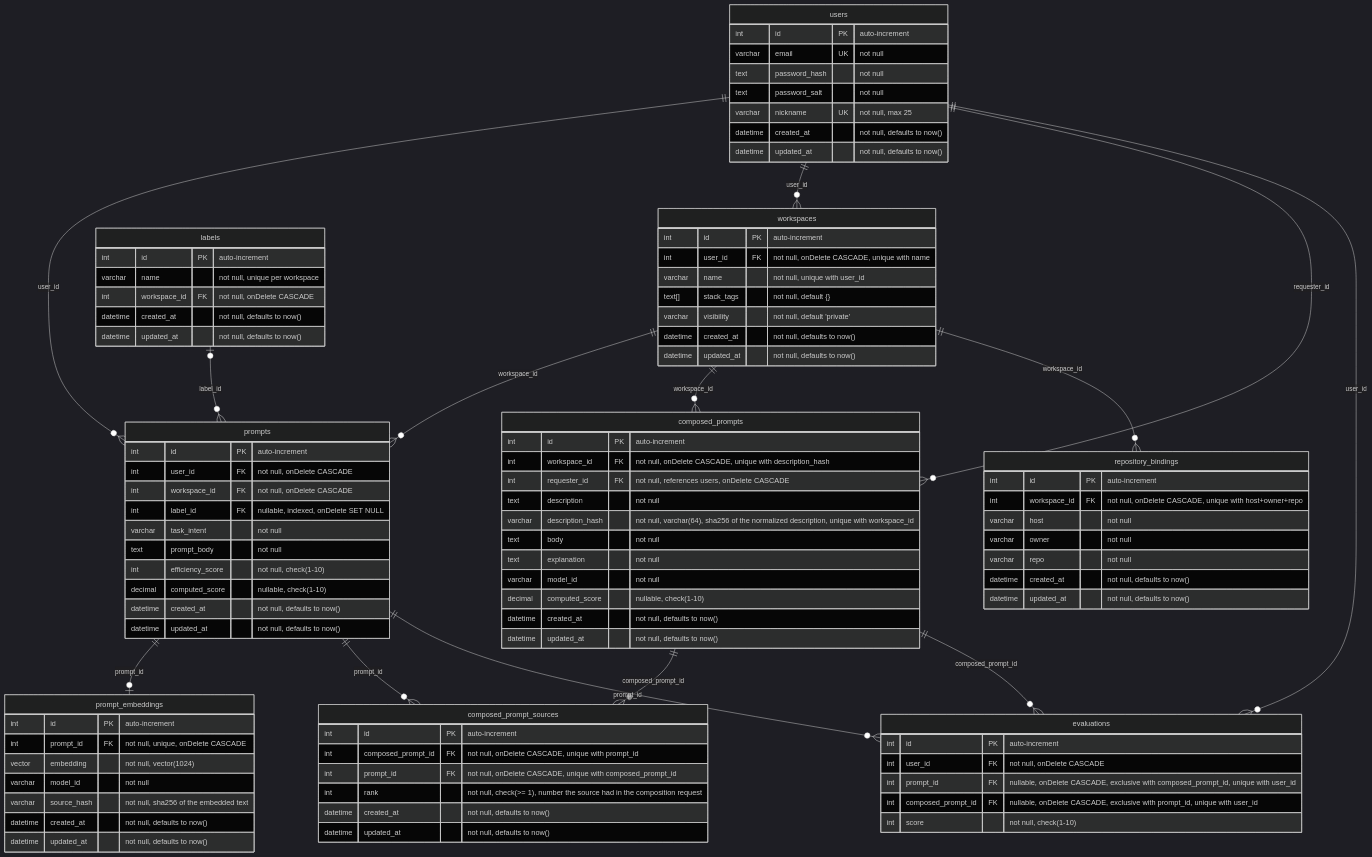
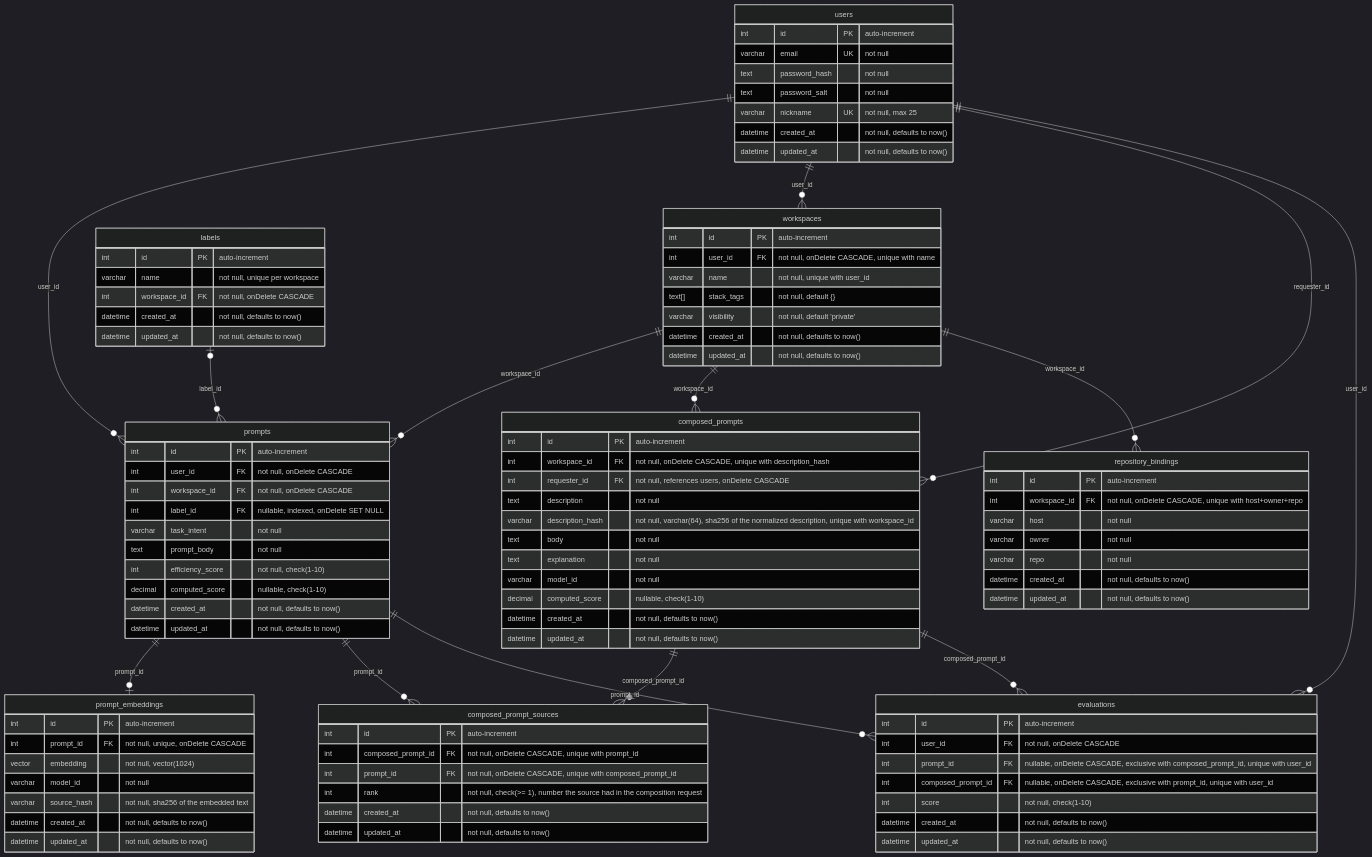
One commit to BinaryStudioAcademy/bsa-2026-promtomat changed the diagram in readme.md. Above: the diagram before and after it, drawn with Mermaid (dark theme). The commit also changed 12 other files, not shown here.

```diff
--- a/readme.md
+++ b/readme.md
@@ -129,12 +129,14 @@
         datetime updated_at "not null, defaults to now()"
     }
 
-    evaluations {
+   evaluations {
         int id PK "auto-increment"
         int user_id FK "not null, onDelete CASCADE"
         int prompt_id FK "nullable, onDelete CASCADE, exclusive with composed_prompt_id, unique with user_id"
         int composed_prompt_id FK "nullable, onDelete CASCADE, exclusive with prompt_id, unique with user_id"
         int score "not null, check(1-10)"
+        datetime created_at "not null, defaults to now()"
+        datetime updated_at "not null, defaults to now()"
     }
 
     repository_bindings {
```
